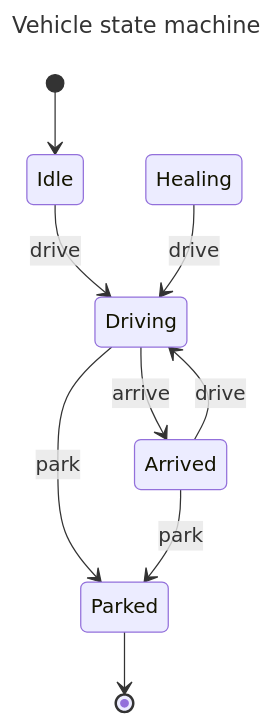
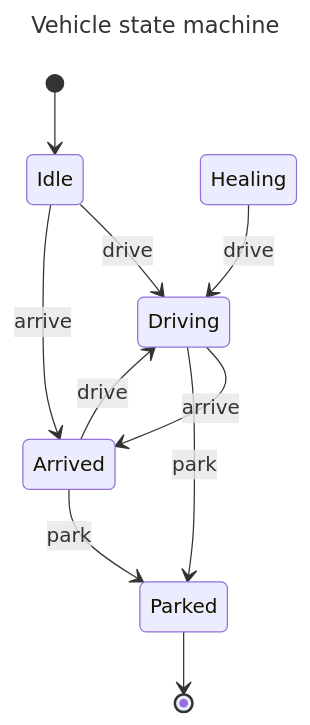
Before and after one commit to floriandejonckheere/abo-autonomic-systems-carla: the diagram in ai/state_machine.md, drawn with Mermaid. The commit also changed 1 other file, not shown here.

Commit message:
Add Idle -> Arrived transition

````diff
--- a/ai/state_machine.md
+++ b/ai/state_machine.md
@@ -8,24 +8,25 @@
 ```mermaid
 ---
 title: Vehicle state machine
 ---
 stateDiagram-v2
     [*] --> Idle
 
     Idle --> Driving: drive
     Arrived --> Driving: drive
     Healing --> Driving: drive
 
     Driving --> Arrived: arrive
+    Idle --> Arrived: arrive
 
 %%    Arrived --> Crashed: crash
 %%    Driving --> Crashed: crash
 %%    Idle --> Crashed: crash
 
 %%    Crashed --> Healing: heal
 
     Driving --> Parked: park
     Arrived --> Parked: park
 
     Parked --> [*]
 ```
````
